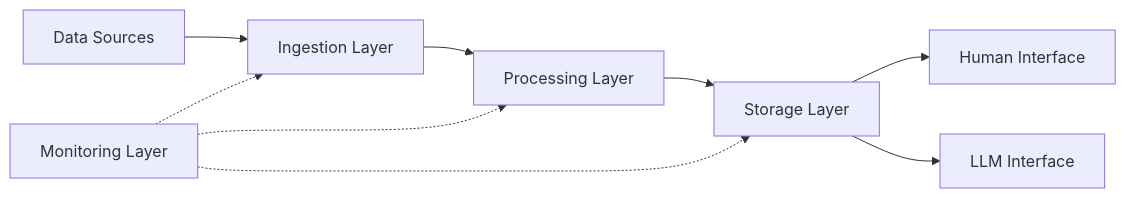
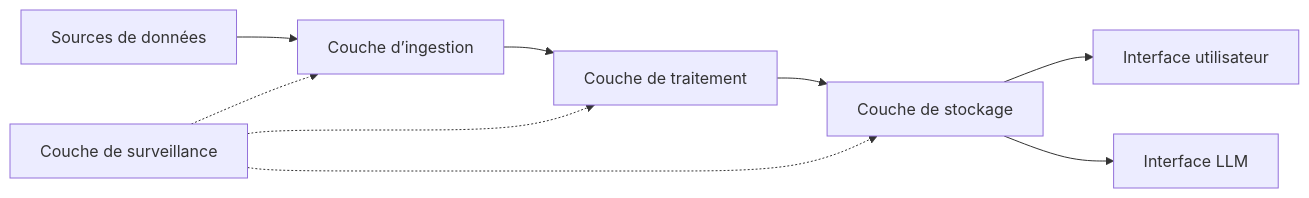
The second of 2 diagrams in src/data/pages/fr/markdown.md (kafkiano/astrowind-i18n), drawn with Mermaid before and after one commit. The commit also changed other lines of this file and 23 other files, not shown here.

````diff
--- a/src/data/pages/fr/markdown.md
+++ b/src/data/pages/fr/markdown.md
@@ -449,11 +449,11 @@
 ```mermaid
 flowchart LR
-    A[Data Sources] --> B[Ingestion Layer]
-    B --> C[Processing Layer]
-    C --> D[Storage Layer]
-    D --> E[Human Interface]
-    D --> F[LLM Interface]
-    G[Monitoring Layer] -.-> B
+    A[Sources de données] --> B[Couche d’ingestion]
+    B --> C[Couche de traitement]
+    C --> D[Couche de stockage]
+    D --> E[Interface utilisateur]
+    D --> F[Interface LLM]
+    G[Couche de surveillance] -.-> B
     G -.-> C
     G -.-> D
 ```
````
